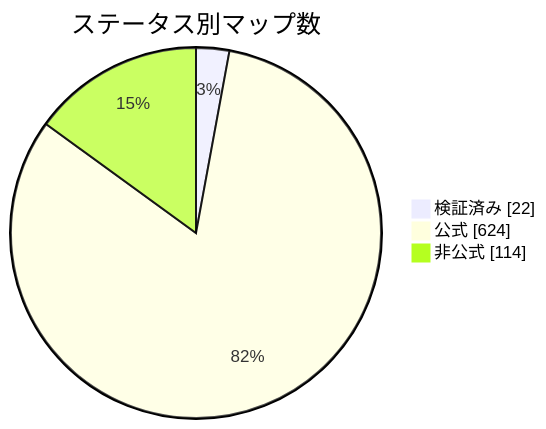
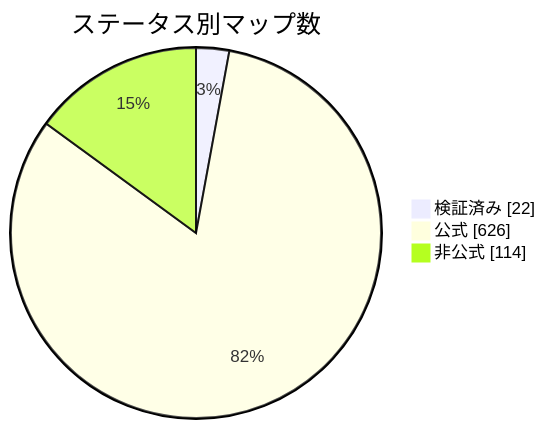
Before and after one commit to nobrega8/mbmap-library: the diagram in docs/readme/README_JP.md, drawn with Mermaid. The commit also changed 7 other files, not shown here.

````diff
--- a/docs/readme/README_JP.md
+++ b/docs/readme/README_JP.md
@@ -54,7 +54,7 @@
 ```mermaid
 pie showData
     title ステータス別マップ数
     "検証済み" : 22
-    "公式" : 624
+    "公式" : 626
     "非公式" : 114
 ```
````
